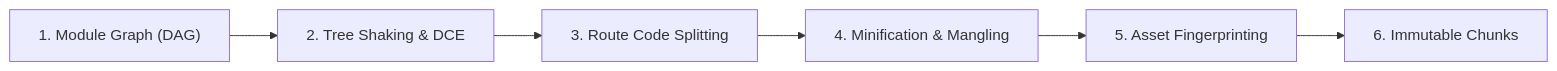
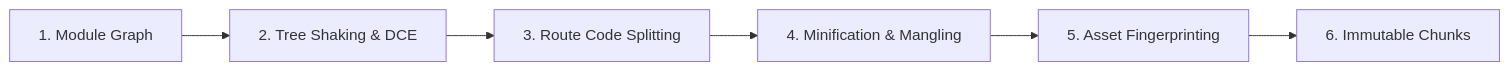
Before and after one commit to polla-fattah/frontend-book: the fifth of 13 diagrams in content/book/Chapter_12_Modern_Build_Systems_Development_Tooling_and_Team_Workflows.md, drawn with Mermaid. The commit also changed other lines of this file, not shown here.

Commit message:
Fix Chapter 12: optional chaining and import() are native; module graph is not acyclic

````diff
--- a/content/book/Chapter_12_Modern_Build_Systems_Development_Tooling_and_Team_Workflows.md
+++ b/content/book/Chapter_12_Modern_Build_Systems_Development_Tooling_and_Team_Workflows.md
@@ -200,8 +200,8 @@
 ```mermaid
 flowchart LR
-    S1["1. Module Graph (DAG)"] --> S2["2. Tree Shaking & DCE"]
+    S1["1. Module Graph"] --> S2["2. Tree Shaking & DCE"]
     S2 --> S3["3. Route Code Splitting"]
     S3 --> S4["4. Minification & Mangling"]
     S4 --> S5["5. Asset Fingerprinting"]
     S5 --> S6["6. Immutable Chunks"]
 ```
````
